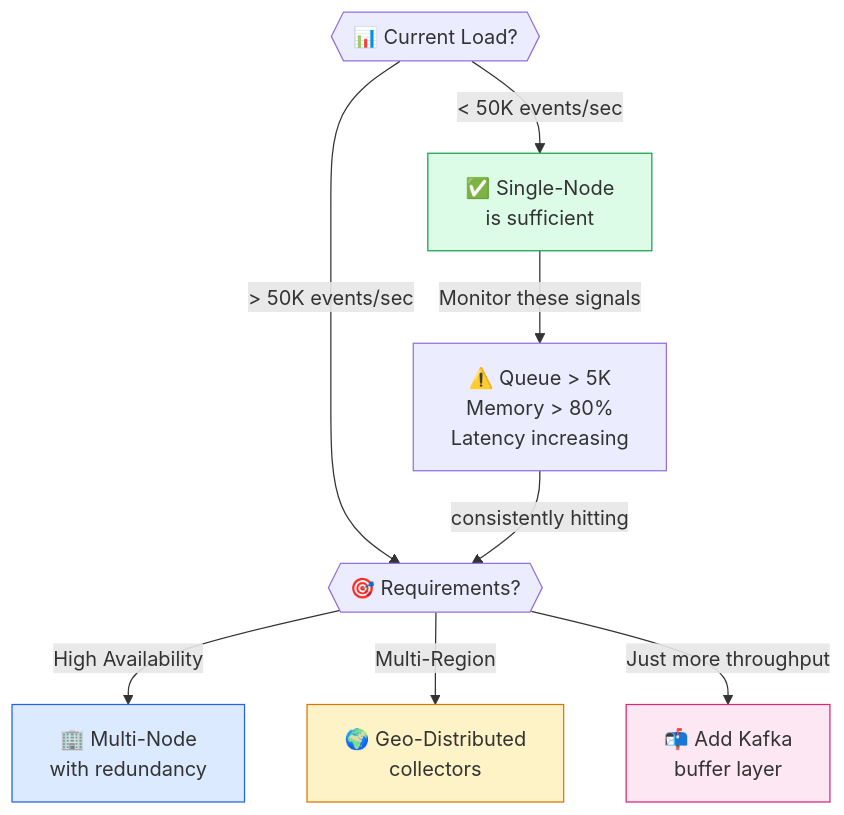
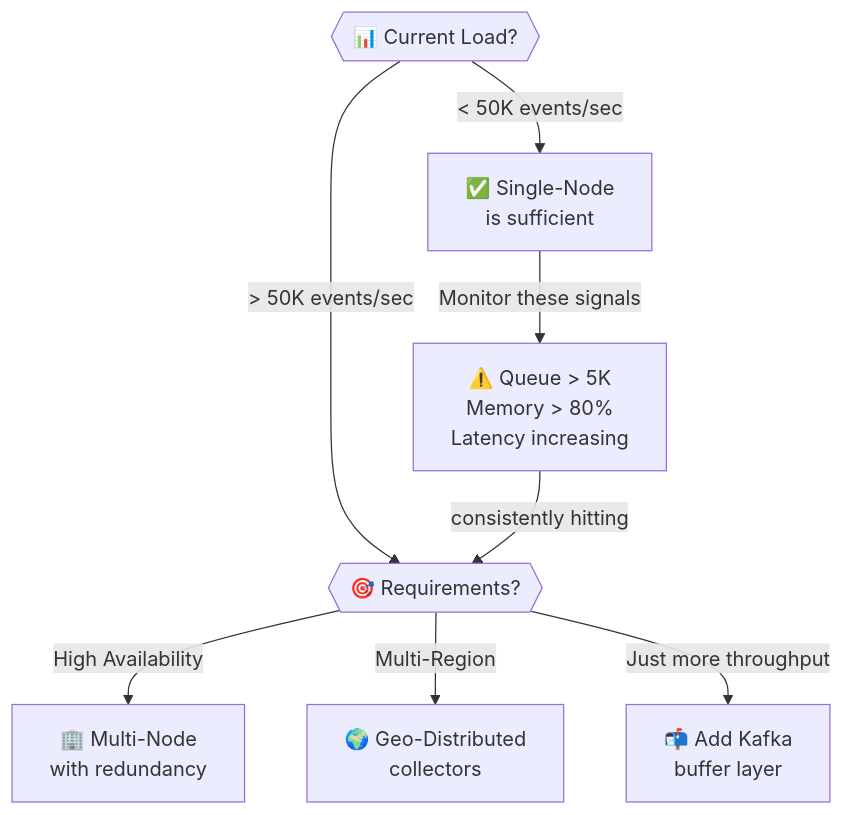
One commit to shivam-g-mishra/blog changed the fifth of 5 diagrams in docs/observability/single-node-setup.md. Above: the diagram before and after it, drawn with Mermaid. The commit also changed other lines of this file and 23 other files, not shown here.

First line of the commit message:
fix: improve Mermaid diagram visibility in dark mode

````diff
--- a/docs/observability/single-node-setup.md
+++ b/docs/observability/single-node-setup.md
@@ -581,20 +564,15 @@
 ```mermaid
 flowchart TD
     start{{"📊 Current Load?"}}
     
     start -->|"< 50K events/sec"| single["✅ Single-Node<br/>is sufficient"]
     start -->|"> 50K events/sec"| scale
     
     scale{{"🎯 Requirements?"}}
     scale -->|"High Availability"| multi["🏢 Multi-Node<br/>with redundancy"]
     scale -->|"Multi-Region"| geo["🌍 Geo-Distributed<br/>collectors"]
     scale -->|"Just more throughput"| kafka["📬 Add Kafka<br/>buffer layer"]
     
     single -->|"Monitor these signals"| signals["⚠️ Queue > 5K<br/>Memory > 80%<br/>Latency increasing"]
     signals -->|"consistently hitting"| scale
-    
-    style single fill:#dcfce7,stroke:#16a34a
-    style multi fill:#dbeafe,stroke:#2563eb
-    style geo fill:#fef3c7,stroke:#d97706
-    style kafka fill:#fce7f3,stroke:#db2777
 ```
````
